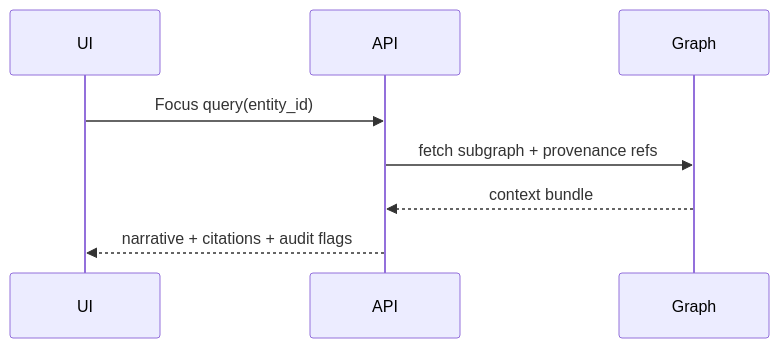
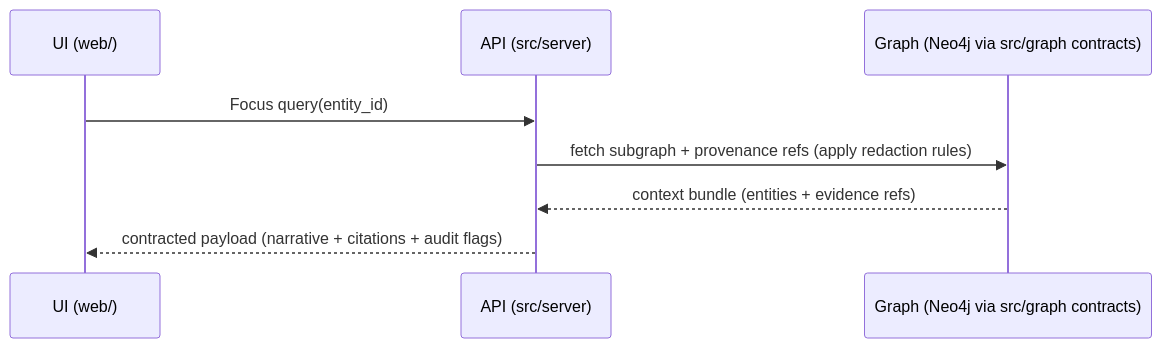
One commit to bartytime4life/Kansas-Frontier-Matrix changed the second of 2 diagrams in docs/README.md. Above: the diagram before and after it, drawn with Mermaid. The commit also changed other lines of this file, not shown here.

```diff
--- a/docs/README.md
+++ b/docs/README.md
@@ -306,10 +343,10 @@
 ~~~mermaid
 sequenceDiagram
-  participant UI
-  participant API
-  participant Graph
+  participant UI as UI (web/)
+  participant API as API (src/server)
+  participant Graph as Graph (Neo4j via src/graph contracts)
   UI->>API: Focus query(entity_id)
-  API->>Graph: fetch subgraph + provenance refs
-  Graph-->>API: context bundle
-  API-->>UI: narrative + citations + audit flags
+  API->>Graph: fetch subgraph + provenance refs (apply redaction rules)
+  Graph-->>API: context bundle (entities + evidence refs)
+  API-->>UI: contracted payload (narrative + citations + audit flags)
 ~~~
```
